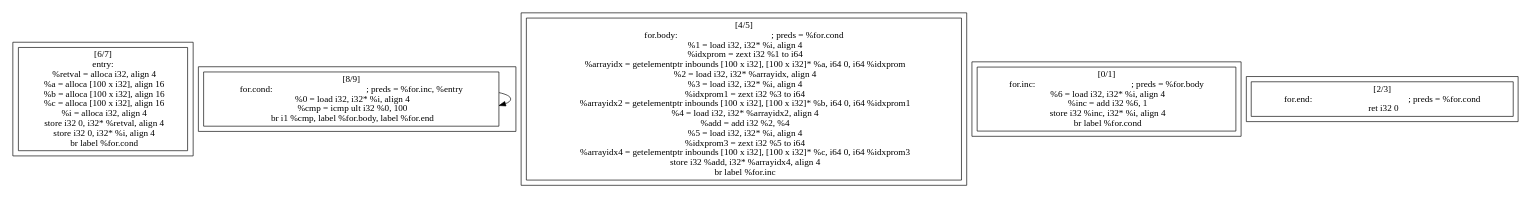
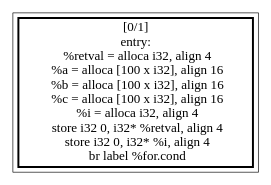
One commit to harel-coffee/PParMetrics-auto changed the diagram in playground/dots/array-calc-no-dep/main.cdg.sccs.dot.dot. Above: the diagram before and after it, drawn with Graphviz. The commit also changed 207 other files, not shown here.

```diff
--- a/playground/dots/array-calc-no-dep/main.cdg.sccs.dot.dot
+++ b/playground/dots/array-calc-no-dep/main.cdg.sccs.dot.dot
@@ -1,94 +1,27 @@
 
 digraph G {
 
 
 
 
 
-subgraph cluster4 {
+subgraph cluster0 {
 
 
-node19 [label="[6/7]
+node19 [penwidth=3.0,fontsize=20,shape=rectangle,label="[0/1]
 entry:
   %retval = alloca i32, align 4
   %a = alloca [100 x i32], align 16
   %b = alloca [100 x i32], align 16
   %c = alloca [100 x i32], align 16
   %i = alloca i32, align 4
   store i32 0, i32* %retval, align 4
   store i32 0, i32* %i, align 4
   br label %for.cond
-",shape=rectangle ]
-
-
-
-}
-
-subgraph cluster3 {
-
-
-node18 [label="[8/9]
-for.cond:                                         ; preds = %for.inc, %entry
-  %0 = load i32, i32* %i, align 4
-  %cmp = icmp ult i32 %0, 100
-  br i1 %cmp, label %for.body, label %for.end
-",shape=rectangle ]
-
-node18->node18 [ ]
-
-
-}
-
-subgraph cluster2 {
-
-
-node17 [label="[4/5]
-for.body:                                         ; preds = %for.cond
-  %1 = load i32, i32* %i, align 4
-  %idxprom = zext i32 %1 to i64
-  %arrayidx = getelementptr inbounds [100 x i32], [100 x i32]* %a, i64 0, i64 %idxprom
-  %2 = load i32, i32* %arrayidx, align 4
-  %3 = load i32, i32* %i, align 4
-  %idxprom1 = zext i32 %3 to i64
-  %arrayidx2 = getelementptr inbounds [100 x i32], [100 x i32]* %b, i64 0, i64 %idxprom1
-  %4 = load i32, i32* %arrayidx2, align 4
-  %add = add i32 %2, %4
-  %5 = load i32, i32* %i, align 4
-  %idxprom3 = zext i32 %5 to i64
-  %arrayidx4 = getelementptr inbounds [100 x i32], [100 x i32]* %c, i64 0, i64 %idxprom3
-  store i32 %add, i32* %arrayidx4, align 4
-  br label %for.inc
-",shape=rectangle ]
-
-
-
-}
-
-subgraph cluster0 {
-
-
-node15 [label="[0/1]
-for.inc:                                          ; preds = %for.body
-  %6 = load i32, i32* %i, align 4
-  %inc = add i32 %6, 1
-  store i32 %inc, i32* %i, align 4
-  br label %for.cond
-",shape=rectangle ]
-
-
-
-}
-
-subgraph cluster1 {
-
-
-node16 [label="[2/3]
-for.end:                                          ; preds = %for.cond
-  ret i32 0
-",shape=rectangle ]
+" ]
 
 
 
 }
 
 }
```
